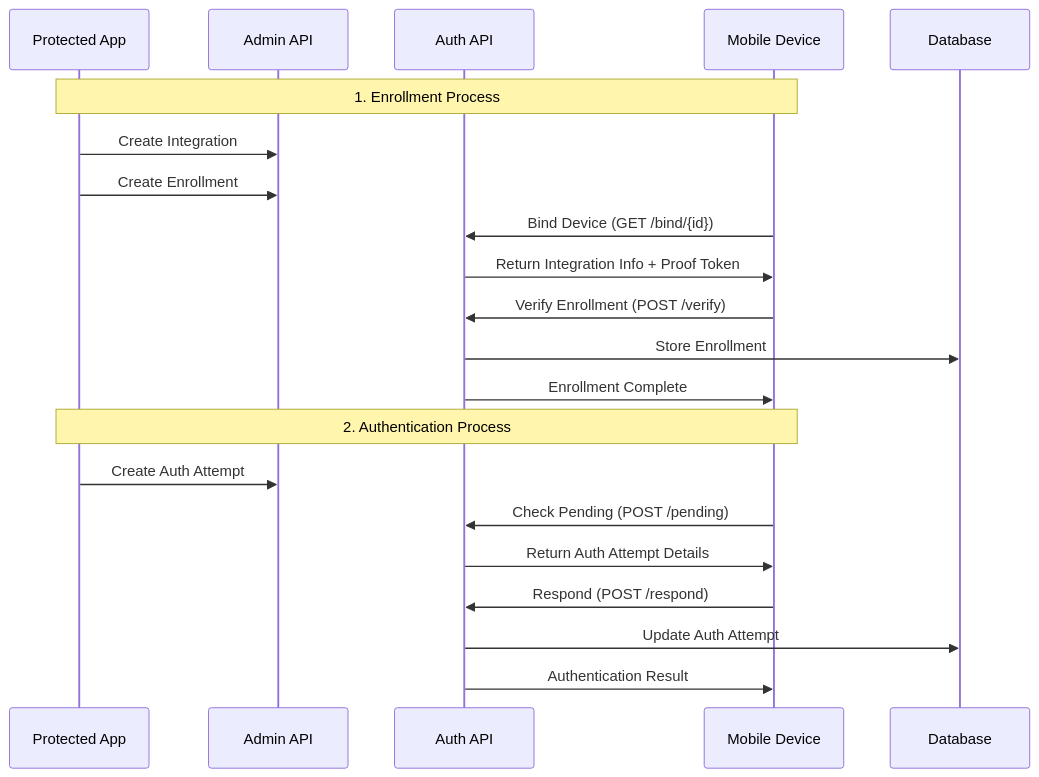
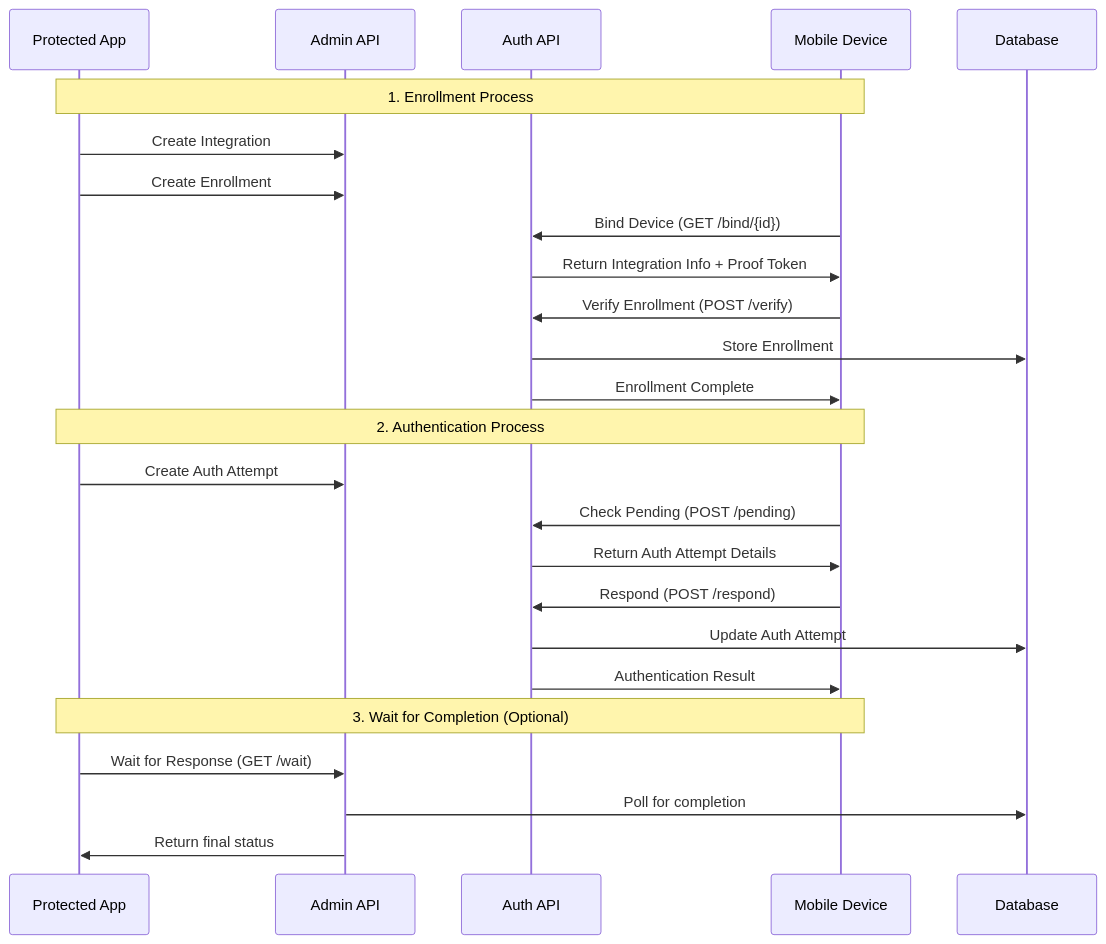
Before and after one commit to mgagp/ezkey: the fifth of 11 diagrams in README.md, drawn with Mermaid. The commit also changed other lines of this file, not shown here.

First line of the commit message:
docs: update README to reflect changes in Ezkey's features and Wait API

````diff
--- a/README.md
+++ b/README.md
@@ -190,25 +201,30 @@
 ```mermaid
 sequenceDiagram
     participant App as Protected App
     participant Admin as Admin API
     participant Auth as Auth API
     participant Mobile as Mobile Device
     participant DB as Database
     
     Note over App,Mobile: 1. Enrollment Process
     App->>Admin: Create Integration
     App->>Admin: Create Enrollment
     Mobile->>Auth: Bind Device (GET /bind/{id})
     Auth->>Mobile: Return Integration Info + Proof Token
     Mobile->>Auth: Verify Enrollment (POST /verify)
     Auth->>DB: Store Enrollment
     Auth->>Mobile: Enrollment Complete
     
     Note over App,Mobile: 2. Authentication Process
     App->>Admin: Create Auth Attempt
     Mobile->>Auth: Check Pending (POST /pending)
     Auth->>Mobile: Return Auth Attempt Details
     Mobile->>Auth: Respond (POST /respond)
     Auth->>DB: Update Auth Attempt
     Auth->>Mobile: Authentication Result
+    
+    Note over App,Mobile: 3. Wait for Completion (Optional)
+    App->>Admin: Wait for Response (GET /wait)
+    Admin->>DB: Poll for completion
+    Admin->>App: Return final status
 ```
````
